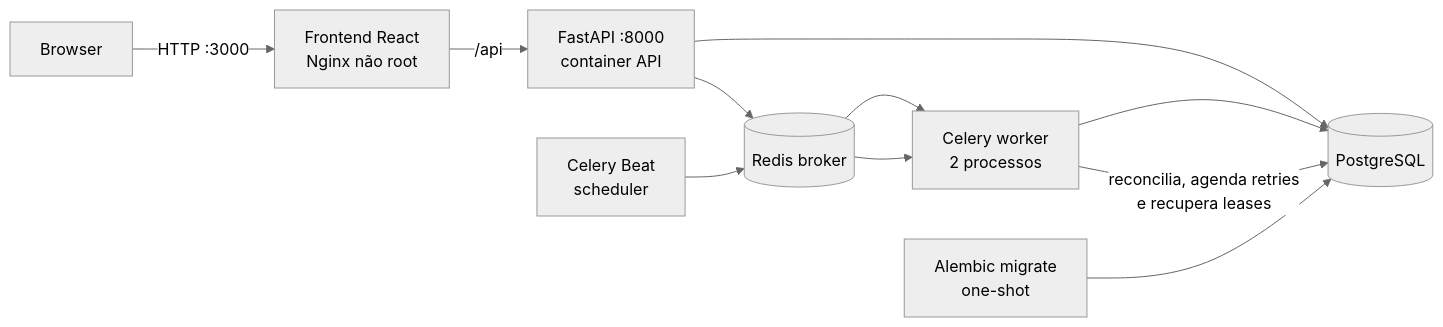
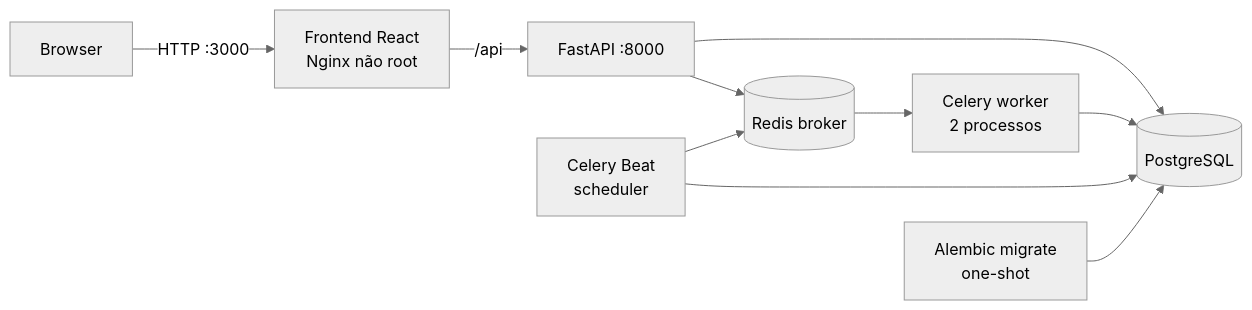
One commit to NasserCaixeta/Desafio-Algarys changed the diagram in README.md. Above: the diagram before and after it, drawn with Mermaid (neutral theme). The commit also changed other lines of this file and 1 other file, not shown here.

````diff
--- a/README.md
+++ b/README.md
@@ -35,13 +58,12 @@
 ```mermaid
 flowchart LR
     B[Browser] -->|HTTP :3000| F[Frontend React<br/>Nginx não root]
-    F -->|/api| A[FastAPI :8000<br/>container API]
+    F -->|/api| A[FastAPI :8000]
     A --> P[(PostgreSQL)]
     A --> R[(Redis broker)]
     R --> W[Celery worker<br/>2 processos]
     W --> P
     S[Celery Beat<br/>scheduler] --> R
-    R --> W
-    W -->|reconcilia, agenda retries<br/>e recupera leases| P
+    S --> P
     M[Alembic migrate<br/>one-shot] --> P
 ```
````
